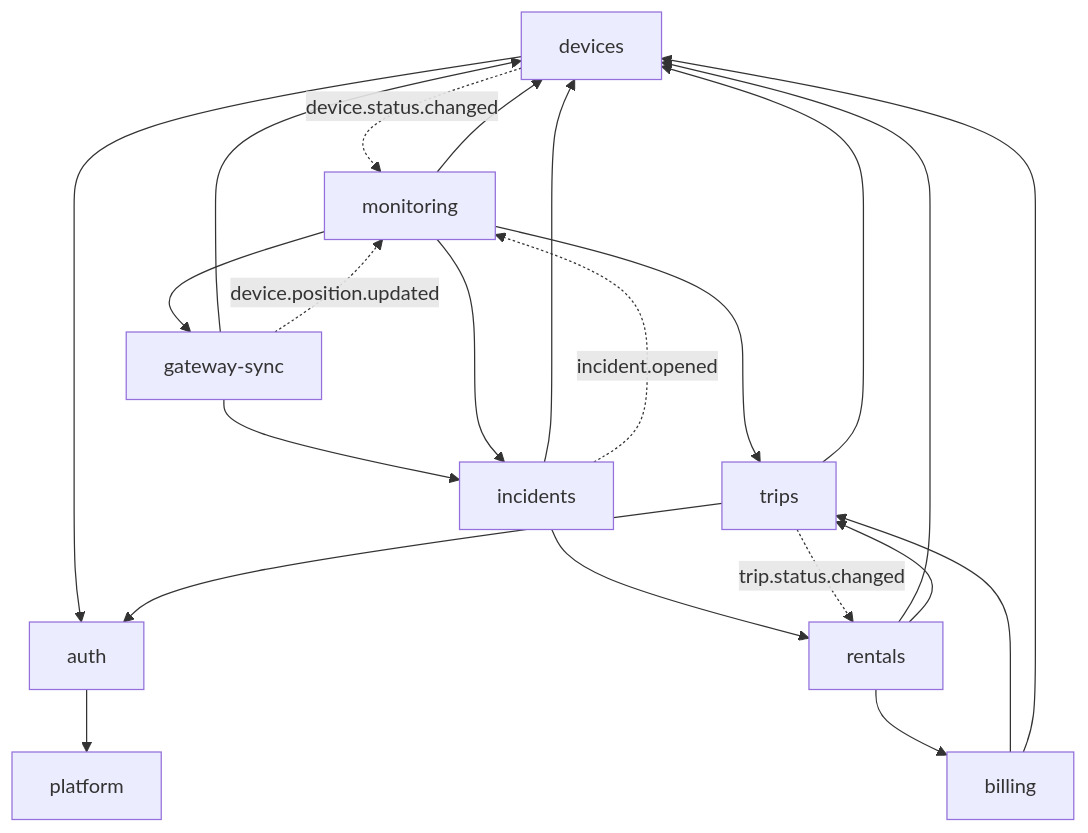
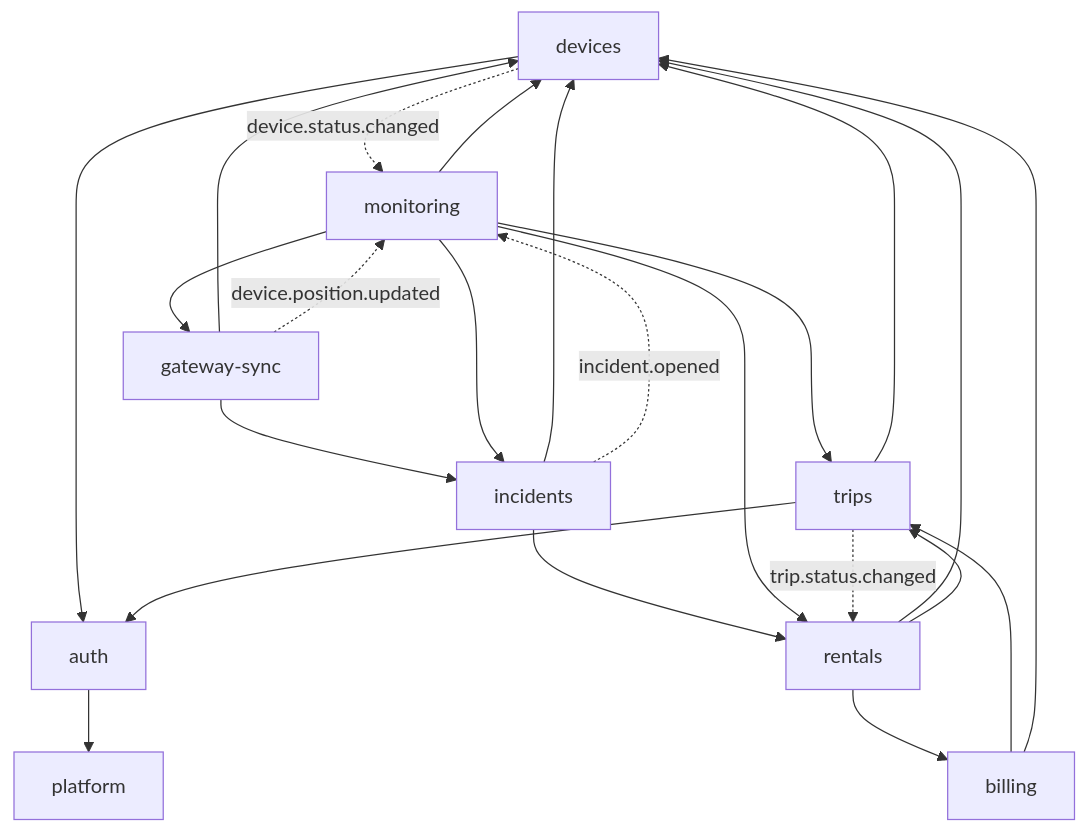
One commit to TrekLink-Team/treklink-web changed the third of 11 diagrams in specs/platform/design.md. Above: the diagram before and after it, drawn with Mermaid. The commit also changed 8 other files, not shown here.

````diff
--- a/specs/platform/design.md
+++ b/specs/platform/design.md
@@ -89,33 +89,34 @@
 ```mermaid
 flowchart TB
     PLT["platform"]
     AUTH["auth"]
     DEVS["devices"]
     TRIPS["trips"]
     RENT["rentals"]
     BILL["billing"]
     INC["incidents"]
     GWS["gateway-sync"]
     MON["monitoring"]
     AUTH --> PLT
     DEVS --> AUTH
     TRIPS --> AUTH
     TRIPS --> DEVS
     BILL --> TRIPS
     BILL --> DEVS
     RENT --> DEVS
     RENT --> TRIPS
     RENT --> BILL
     INC --> DEVS
     INC --> RENT
     GWS --> DEVS
     GWS --> INC
     MON --> DEVS
     MON --> TRIPS
     MON --> INC
     MON --> GWS
+    MON --> RENT
     TRIPS -.->|"trip.status.changed"| RENT
     GWS -.->|"device.position.updated"| MON
     INC -.->|"incident.opened"| MON
     DEVS -.->|"device.status.changed"| MON
 ```
````
